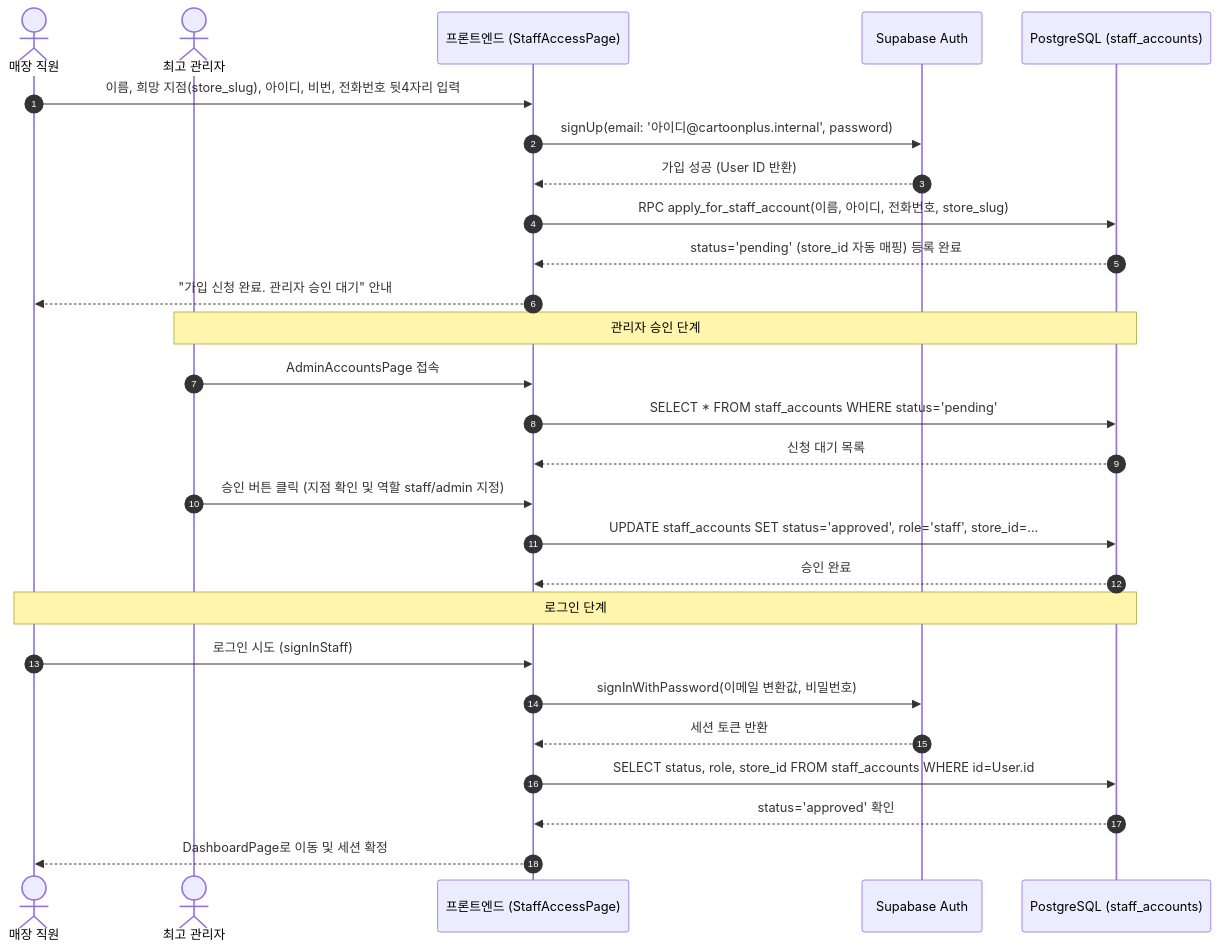
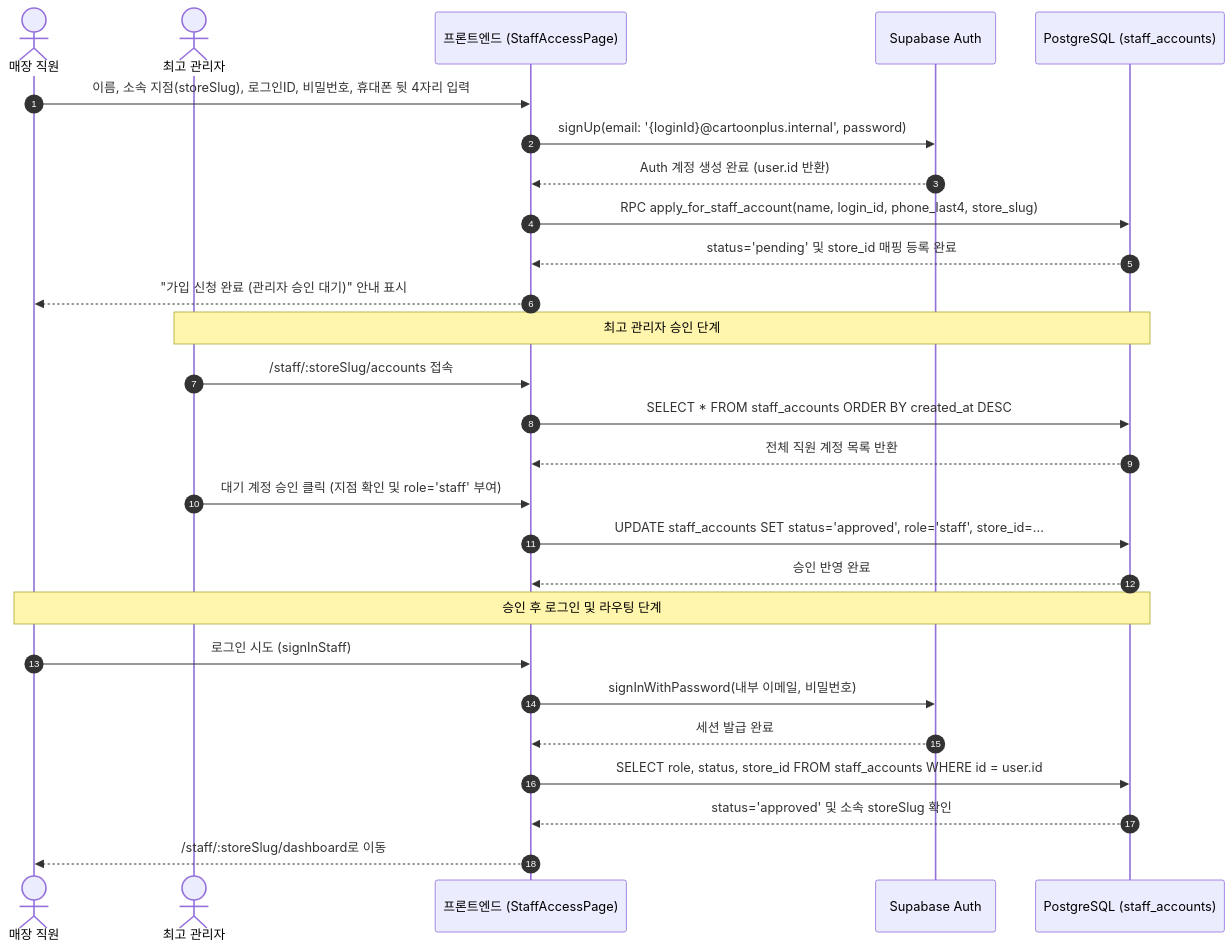
One commit to SHINJAEHEE-DEV/CartoonPlus changed the first of 4 diagrams in docs/FLOWS_AND_SCENARIOS.md. Above: the diagram before and after it, drawn with Mermaid. The commit also changed other lines of this file and 2 other files, not shown here.

````diff
--- a/docs/FLOWS_AND_SCENARIOS.md
+++ b/docs/FLOWS_AND_SCENARIOS.md
@@ -13,32 +13,32 @@
 ```mermaid
 sequenceDiagram
     autonumber
     actor Staff as 매장 직원
     actor Admin as 최고 관리자
     participant Web as 프론트엔드 (StaffAccessPage)
     participant Auth as Supabase Auth
     participant DB as PostgreSQL (staff_accounts)
 
-    Staff->>Web: 이름, 희망 지점(store_slug), 아이디, 비번, 전화번호 뒷4자리 입력
-    Web->>Auth: signUp(email: '아이디@cartoonplus.internal', password)
-    Auth-->>Web: 가입 성공 (User ID 반환)
-    Web->>DB: RPC apply_for_staff_account(이름, 아이디, 전화번호, store_slug)
-    DB-->>Web: status='pending' (store_id 자동 매핑) 등록 완료
-    Web-->>Staff: "가입 신청 완료. 관리자 승인 대기" 안내
+    Staff->>Web: 이름, 소속 지점(storeSlug), 로그인ID, 비밀번호, 휴대폰 뒷 4자리 입력
+    Web->>Auth: signUp(email: '{loginId}@cartoonplus.internal', password)
+    Auth-->>Web: Auth 계정 생성 완료 (user.id 반환)
+    Web->>DB: RPC apply_for_staff_account(name, login_id, phone_last4, store_slug)
+    DB-->>Web: status='pending' 및 store_id 매핑 등록 완료
+    Web-->>Staff: "가입 신청 완료 (관리자 승인 대기)" 안내 표시
 
-    Note over Admin,DB: 관리자 승인 단계
-    Admin->>Web: AdminAccountsPage 접속
-    Web->>DB: SELECT * FROM staff_accounts WHERE status='pending'
-    DB-->>Web: 신청 대기 목록
-    Admin->>Web: 승인 버튼 클릭 (지점 확인 및 역할 staff/admin 지정)
+    Note over Admin,DB: 최고 관리자 승인 단계
+    Admin->>Web: /staff/:storeSlug/accounts 접속
+    Web->>DB: SELECT * FROM staff_accounts ORDER BY created_at DESC
+    DB-->>Web: 전체 직원 계정 목록 반환
+    Admin->>Web: 대기 계정 승인 클릭 (지점 확인 및 role='staff' 부여)
     Web->>DB: UPDATE staff_accounts SET status='approved', role='staff', store_id=...
-    DB-->>Web: 승인 완료
+    DB-->>Web: 승인 반영 완료
 
-    Note over Staff,DB: 로그인 단계
+    Note over Staff,DB: 승인 후 로그인 및 라우팅 단계
     Staff->>Web: 로그인 시도 (signInStaff)
-    Web->>Auth: signInWithPassword(이메일 변환값, 비밀번호)
-    Auth-->>Web: 세션 토큰 반환
-    Web->>DB: SELECT status, role, store_id FROM staff_accounts WHERE id=User.id
-    DB-->>Web: status='approved' 확인
-    Web-->>Staff: DashboardPage로 이동 및 세션 확정
+    Web->>Auth: signInWithPassword(내부 이메일, 비밀번호)
+    Auth-->>Web: 세션 발급 완료
+    Web->>DB: SELECT role, status, store_id FROM staff_accounts WHERE id = user.id
+    DB-->>Web: status='approved' 및 소속 storeSlug 확인
+    Web-->>Staff: /staff/:storeSlug/dashboard로 이동
 ```
````
